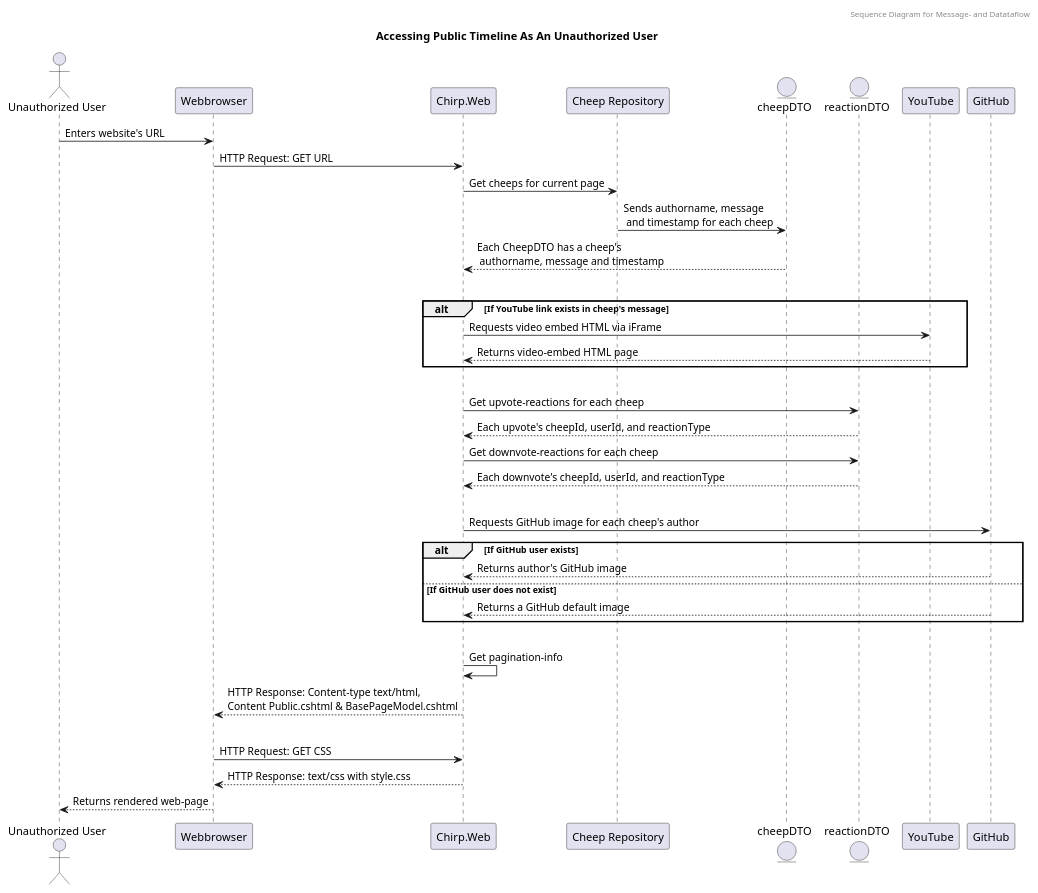
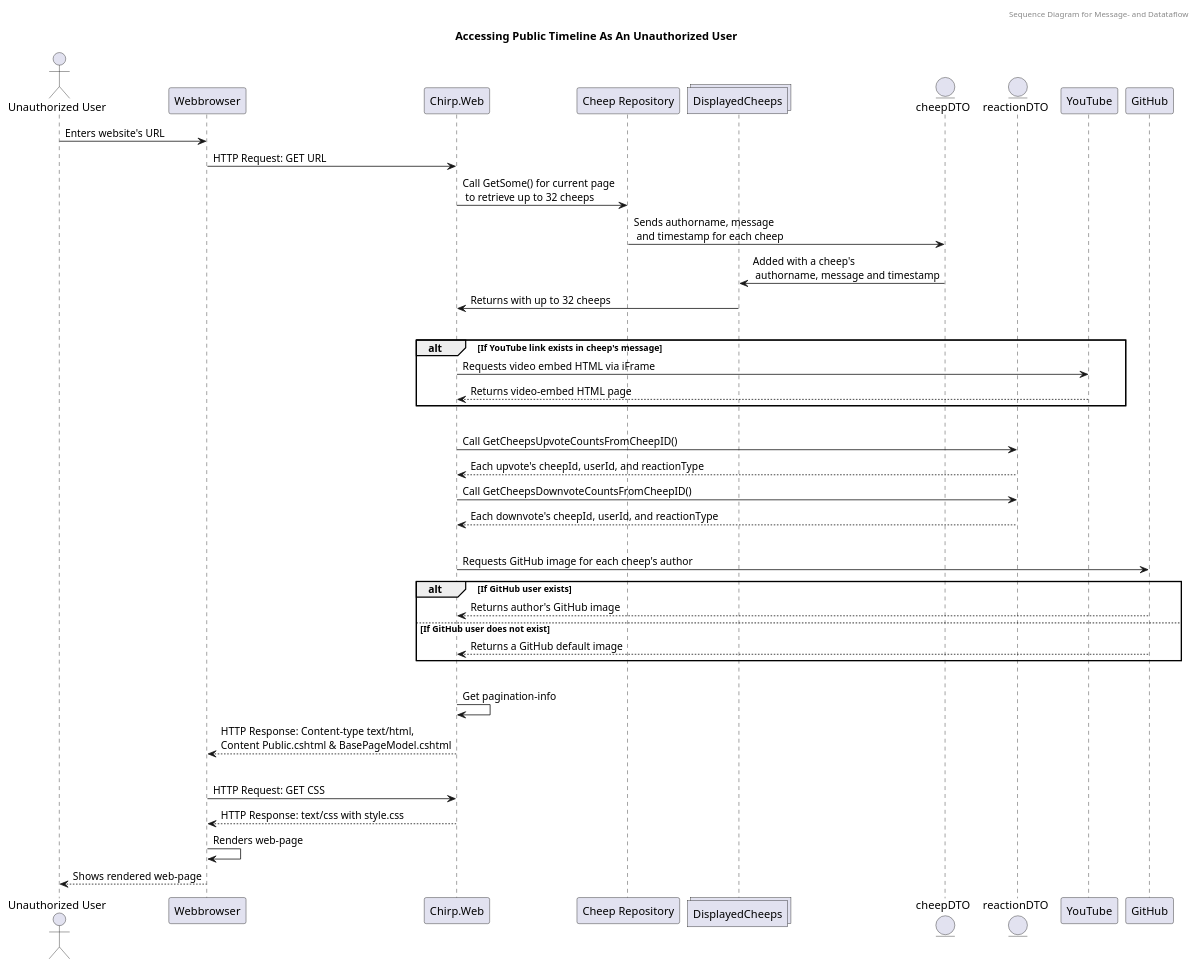
The diagram in docs/report_diagrams/UML_sequence_diagrams/msg_data_flow_UML_seq.puml (ITU-BDSA23-GROUP10/Chirp), drawn with PlantUML before and after one commit.

Commit message:
Added collection DisplayedCheeps as figure; Reworded texts to say Call <method> when appropriate.

```diff
--- a/docs/report_diagrams/UML_sequence_diagrams/msg_data_flow_UML_seq.puml
+++ b/docs/report_diagrams/UML_sequence_diagrams/msg_data_flow_UML_seq.puml
@@ -1,48 +1,50 @@
 @startuml
 header Sequence Diagram for Message- and Datataflow
 Title Accessing Public Timeline As An Unauthorized User
 
 
 actor "Unauthorized User" as UnauthorizedUser
 participant "Webbrowser" as Browser
 participant "Chirp.Web" as ChirpWeb
 participant "Cheep Repository" as CheepRepo
+collections DisplayedCheeps as CheepsList
 entity cheepDTO as CheepDTO
 entity reactionDTO as ReactionDTO
 
 UnauthorizedUser -> Browser: Enters website's URL
 Browser -> ChirpWeb: HTTP Request: GET URL
 
-ChirpWeb -> CheepRepo: Get cheeps for current page
+ChirpWeb -> CheepRepo: Call GetSome() for current page\n to retrieve up to 32 cheeps
 CheepRepo -> CheepDTO: Sends authorname, message \n and timestamp for each cheep
-CheepDTO --> ChirpWeb: Each CheepDTO has a cheep's \n authorname, message and timestamp
+CheepDTO -> CheepsList: Added with a cheep's \n authorname, message and timestamp
+CheepsList -> ChirpWeb: Returns with up to 32 cheeps
 |||
 alt If YouTube link exists in cheep's message
     ChirpWeb -> YouTube: Requests video embed HTML via iFrame
     YouTube --> ChirpWeb: Returns video-embed HTML page
 end
 |||
-ChirpWeb -> ReactionDTO: Get upvote-reactions for each cheep
+ChirpWeb -> ReactionDTO: Call GetCheepsUpvoteCountsFromCheepID()
 Return Each upvote's cheepId, userId, and reactionType
-ChirpWeb -> ReactionDTO: Get downvote-reactions for each cheep
+ChirpWeb -> ReactionDTO: Call GetCheepsDownvoteCountsFromCheepID()
 Return Each downvote's cheepId, userId, and reactionType
 |||
 
 ChirpWeb -> GitHub: Requests GitHub image for each cheep's author
 alt If GitHub user exists
     GitHub --> ChirpWeb: Returns author's GitHub image
 else If GitHub user does not exist
     GitHub --> ChirpWeb: Returns a GitHub default image
 end
 |||
 
 ChirpWeb -> ChirpWeb: Get pagination-info
 
 ChirpWeb --> Browser: HTTP Response: Content-type text/html,\nContent Public.cshtml & BasePageModel.cshtml
 |||
 
 Browser -> ChirpWeb: HTTP Request: GET CSS
 ChirpWeb --> Browser: HTTP Response: text/css with style.css
-
-Browser --> UnauthorizedUser: Returns rendered web-page
+Browser -> Browser: Renders web-page
+Browser --> UnauthorizedUser: Shows rendered web-page
 @enduml
```
